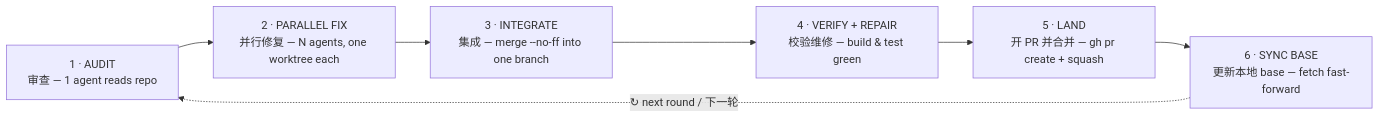
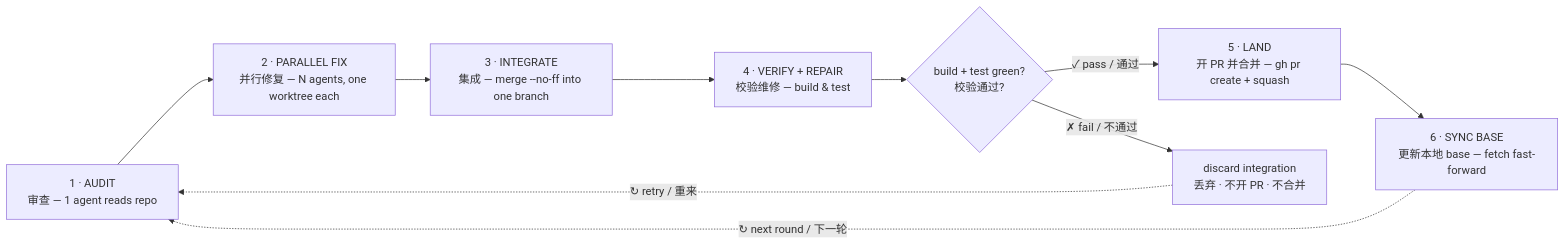
Before and after one commit to RedInn7/perpetual-repair: the diagram in README.md, drawn with Mermaid. The commit also changed other lines of this file and 1 other file, not shown here.

First line of the commit message:
docs: 架构图加入校验门禁 — 验证通过才 merge，失败则丢弃重来 (#2)

````diff
--- a/README.md
+++ b/README.md
@@ -17,9 +17,12 @@
 ```mermaid
 flowchart LR
     A["1 · AUDIT<br/>审查 — 1 agent reads repo"] --> F["2 · PARALLEL FIX<br/>并行修复 — N agents, one worktree each"]
     F --> I["3 · INTEGRATE<br/>集成 — merge --no-ff into one branch"]
-    I --> V["4 · VERIFY + REPAIR<br/>校验维修 — build & test green"]
-    V --> L["5 · LAND<br/>开 PR 并合并 — gh pr create + squash"]
+    I --> V["4 · VERIFY + REPAIR<br/>校验维修 — build & test"]
+    V --> G{"build + test green?<br/>校验通过?"}
+    G -- "✓ pass / 通过" --> L["5 · LAND<br/>开 PR 并合并 — gh pr create + squash"]
+    G -- "✗ fail / 不通过" --> X["discard integration<br/>丢弃 · 不开 PR · 不合并"]
     L --> S["6 · SYNC BASE<br/>更新本地 base — fetch fast-forward"]
     S -.->|↻ next round / 下一轮| A
+    X -.->|↻ retry / 重来| A
 ```
````
